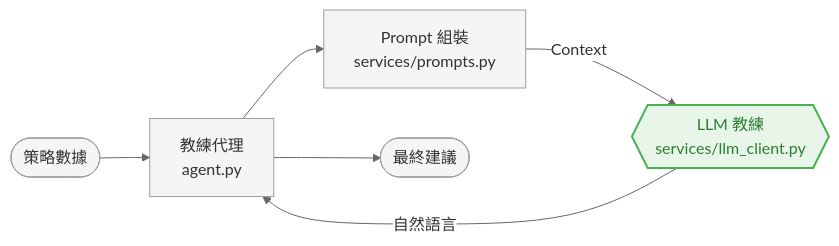
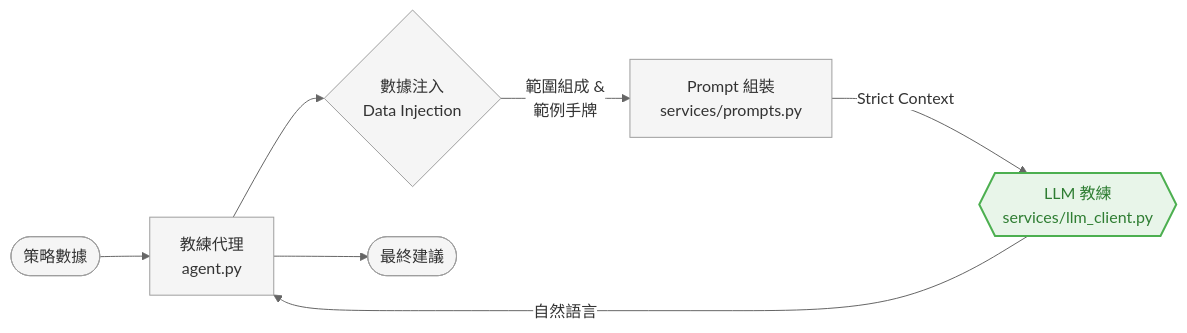
One commit to darkloudddd/my-poker-coach changed the fourth of 5 diagrams in project_workflow.md. Above: the diagram before and after it, drawn with Mermaid. The commit also changed other lines of this file and 5 other files, not shown here.

Commit message:
Enhance: Add Anti-Hallucination mechanism (Range Injection + Strict Prompts) and refine UI

````diff
--- a/project_workflow.md
+++ b/project_workflow.md
@@ -100,15 +100,17 @@
 ```mermaid
 %%{init: {'theme': 'base', 'themeVariables': { 'primaryColor': '#fcfcfc', 'primaryTextColor': '#333', 'lineColor': '#666', 'edgeLabelBackground': '#ffffff'}}}%%
 graph LR
     Data([策略數據]) --> Agent[教練代理<br/>agent.py]
     
-    Agent --> Gen[Prompt 組裝<br/>services/prompts.py]
-    Gen -->|Context| Coach{{LLM 教練<br/>services/llm_client.py}}
+    Agent --> Inject{數據注入<br/>Data Injection}
+    Inject -->|範圍組成 &<br/>範例手牌| Gen[Prompt 組裝<br/>services/prompts.py]
+    
+    Gen -->|Strict Context| Coach{{LLM 教練<br/>services/llm_client.py}}
     Coach -->|自然語言| Agent
     
     Agent --> Final([最終建議])
 
     classDef default fill:#f5f5f5,stroke:#9e9e9e,stroke-width:1px,color:#333;
     classDef llm fill:#e8f5e9,stroke:#4caf50,stroke-width:2px,color:#2e7d32;
     class Coach llm;
 ```
````
